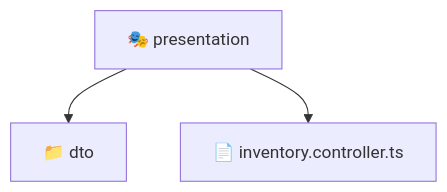
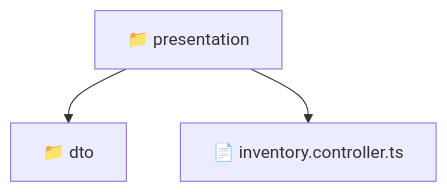
The diagram in backend/src/modules/inventory/presentation/README.md (beginwebdev2002/fullstack-mavluda), drawn with Mermaid before and after one commit. The commit also changed other lines of this file and 159 other files, not shown here.

````diff
--- a/backend/src/modules/inventory/presentation/README.md
+++ b/backend/src/modules/inventory/presentation/README.md
@@ -11,6 +9,6 @@
 ```mermaid
 graph TD
-  presentation["🎭 presentation"]
-  presentation --> presentation_dto["📁 dto"]
-  presentation --> presentation_inventory_controller_ts["📄 inventory.controller.ts"]
+  Root["📁 presentation"]
+  Root --> dto["📁 dto"]
+  Root --> inventory_controller_ts["📄 inventory.controller.ts"]
 ```
````
